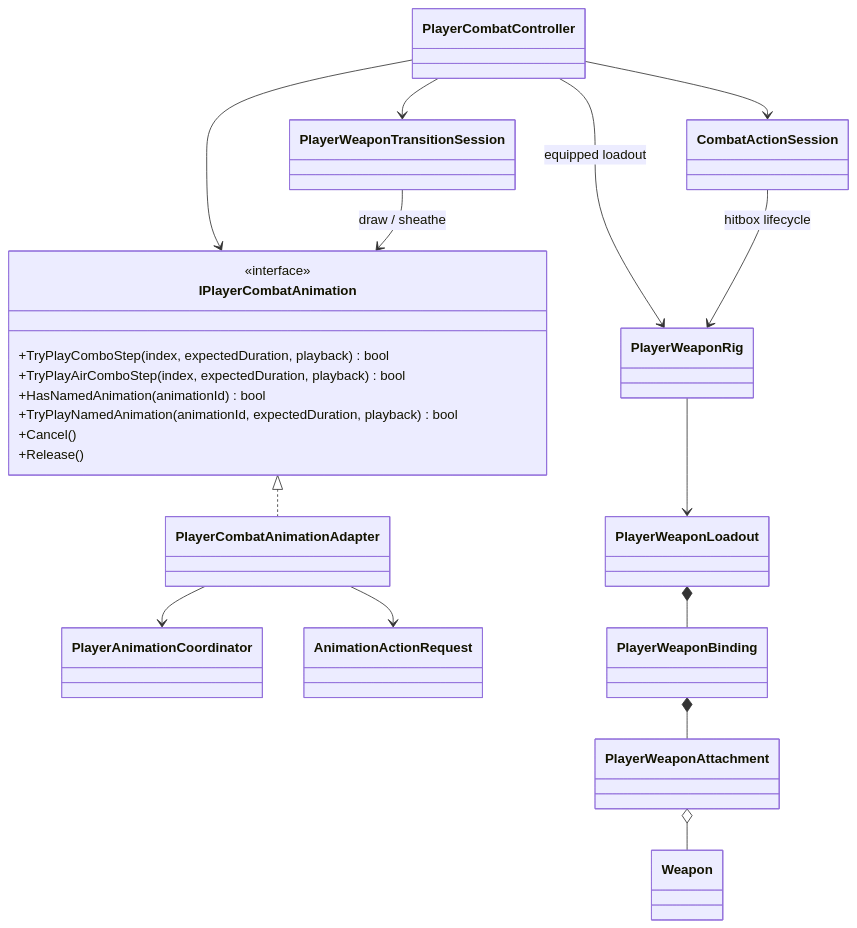
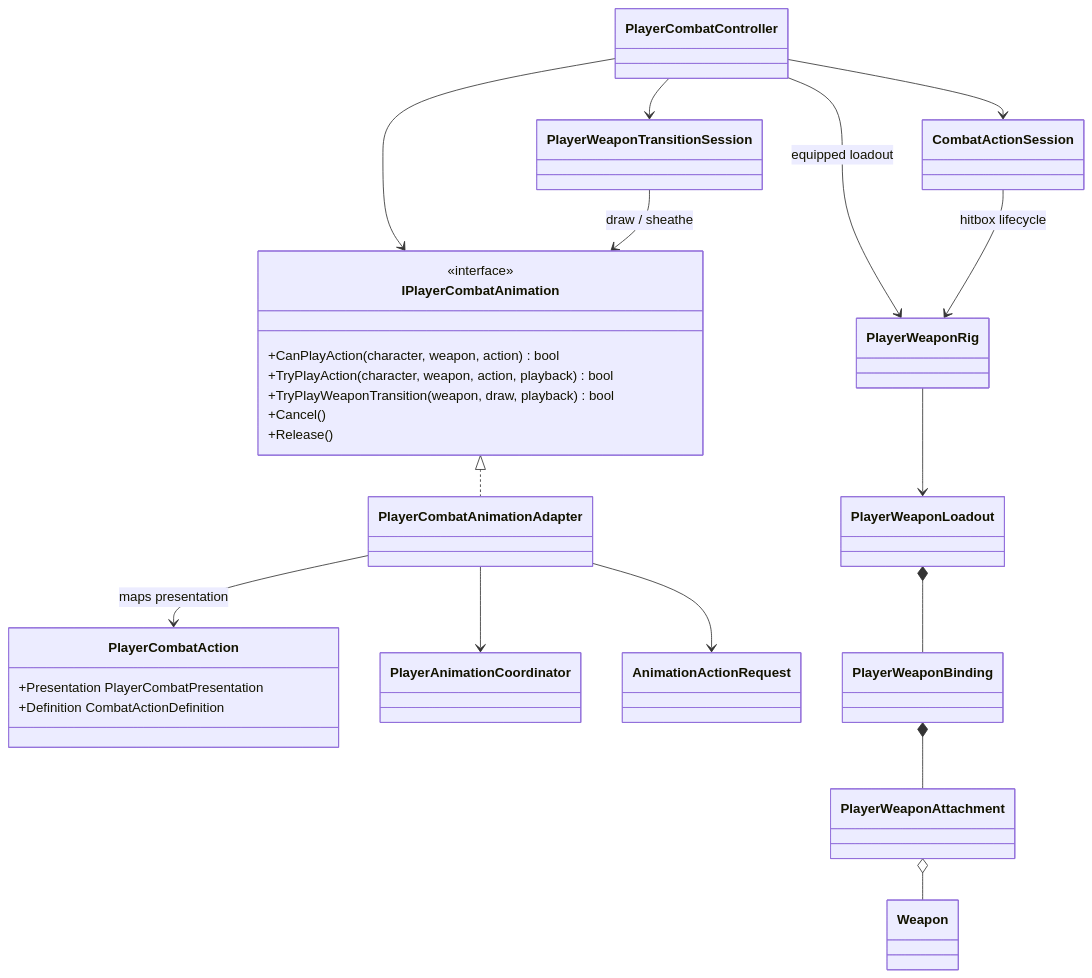
One commit to MaximFonariuc/project-s changed the diagram in Assets/_App/Core/Runtime/Combat/Player/README.md. Above: the diagram before and after it, drawn with Mermaid. The commit also changed other lines of this file and 7 other files, not shown here.

Commit message:
refactor(combat): hide animation slot mapping

````diff
--- a/Assets/_App/Core/Runtime/Combat/Player/README.md
+++ b/Assets/_App/Core/Runtime/Combat/Player/README.md
@@ -6,37 +6,41 @@
 ```mermaid
 classDiagram
     class PlayerCombatController
     class CombatActionSession
     class PlayerWeaponTransitionSession
     class IPlayerCombatAnimation {
         <<interface>>
-        +TryPlayComboStep(index, expectedDuration, playback) bool
-        +TryPlayAirComboStep(index, expectedDuration, playback) bool
-        +HasNamedAnimation(animationId) bool
-        +TryPlayNamedAnimation(animationId, expectedDuration, playback) bool
+        +CanPlayAction(character, weapon, action) bool
+        +TryPlayAction(character, weapon, action, playback) bool
+        +TryPlayWeaponTransition(weapon, draw, playback) bool
         +Cancel()
         +Release()
+    }
+    class PlayerCombatAction {
+        +Presentation PlayerCombatPresentation
+        +Definition CombatActionDefinition
     }
     class PlayerCombatAnimationAdapter
     class PlayerAnimationCoordinator
     class AnimationActionRequest
     class PlayerWeaponRig
     class PlayerWeaponLoadout
     class PlayerWeaponBinding
     class PlayerWeaponAttachment
     class Weapon
 
     PlayerCombatController --> IPlayerCombatAnimation
     PlayerCombatController --> CombatActionSession
     PlayerCombatController --> PlayerWeaponTransitionSession
     IPlayerCombatAnimation <|.. PlayerCombatAnimationAdapter
+    PlayerCombatAnimationAdapter --> PlayerCombatAction : maps presentation
     PlayerWeaponTransitionSession --> IPlayerCombatAnimation : draw / sheathe
     PlayerCombatAnimationAdapter --> PlayerAnimationCoordinator
     PlayerCombatAnimationAdapter --> AnimationActionRequest
     PlayerCombatController --> PlayerWeaponRig : equipped loadout
     CombatActionSession --> PlayerWeaponRig : hitbox lifecycle
     PlayerWeaponRig --> PlayerWeaponLoadout
     PlayerWeaponLoadout *-- PlayerWeaponBinding
     PlayerWeaponBinding *-- PlayerWeaponAttachment
     PlayerWeaponAttachment o-- Weapon
 ```
````
